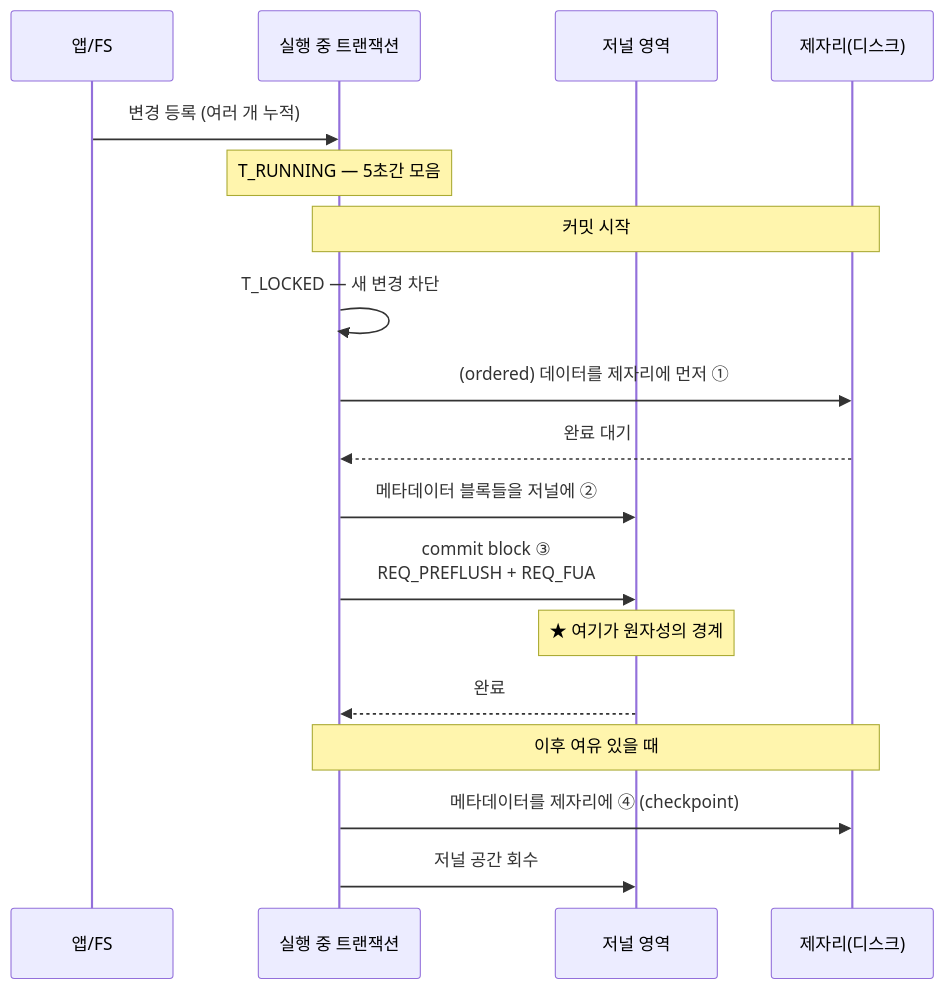
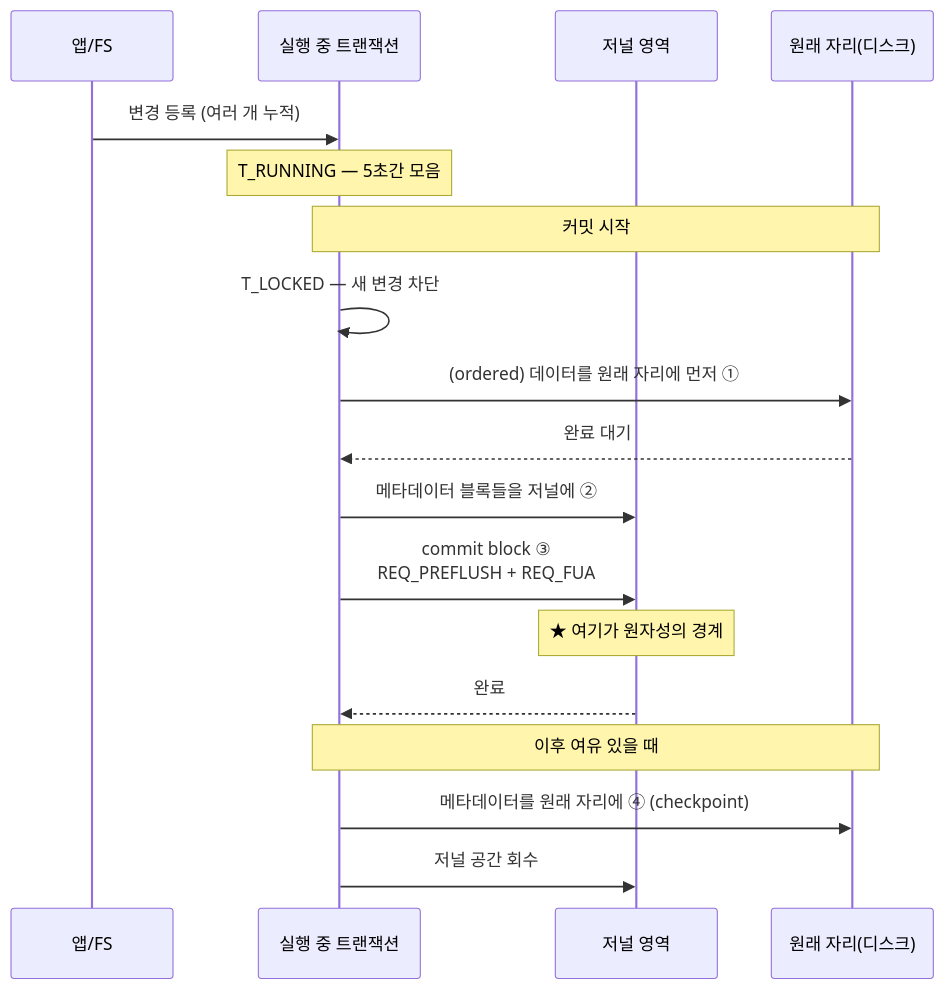
Before and after one commit to kakaromo/kakaromo.github.io: diagram 20 of 35 in src/content/docs/fsiotrace/io-layers.md, drawn with Mermaid. The commit also changed other lines of this file, not shown here.

````diff
--- a/src/content/docs/fsiotrace/io-layers.md
+++ b/src/content/docs/fsiotrace/io-layers.md
@@ -940,22 +948,22 @@
 ```mermaid
 sequenceDiagram
     participant App as 앱/FS
     participant T as 실행 중 트랜잭션
     participant JD as 저널 영역
-    participant D as 제자리(디스크)
+    participant D as 원래 자리(디스크)
 
     App->>T: 변경 등록 (여러 개 누적)
     Note over T: T_RUNNING — 5초간 모음
 
     Note over T,D: 커밋 시작
     T->>T: T_LOCKED — 새 변경 차단
-    T->>D: (ordered) 데이터를 제자리에 먼저 ①
+    T->>D: (ordered) 데이터를 원래 자리에 먼저 ①
     D-->>T: 완료 대기
     T->>JD: 메타데이터 블록들을 저널에 ②
     T->>JD: commit block ③<br/>REQ_PREFLUSH + REQ_FUA
     Note over JD: ★ 여기가 원자성의 경계
     JD-->>T: 완료
     Note over T,D: 이후 여유 있을 때
-    T->>D: 메타데이터를 제자리에 ④ (checkpoint)
+    T->>D: 메타데이터를 원래 자리에 ④ (checkpoint)
     T->>JD: 저널 공간 회수
 ```
````
